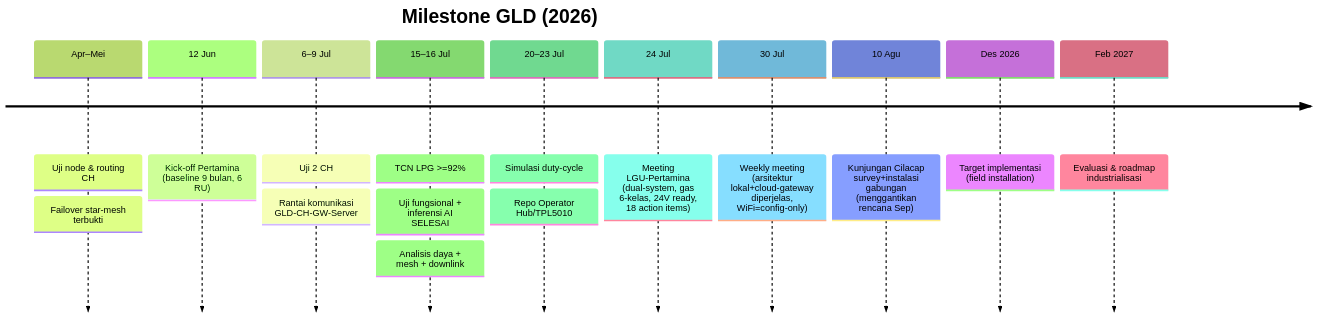
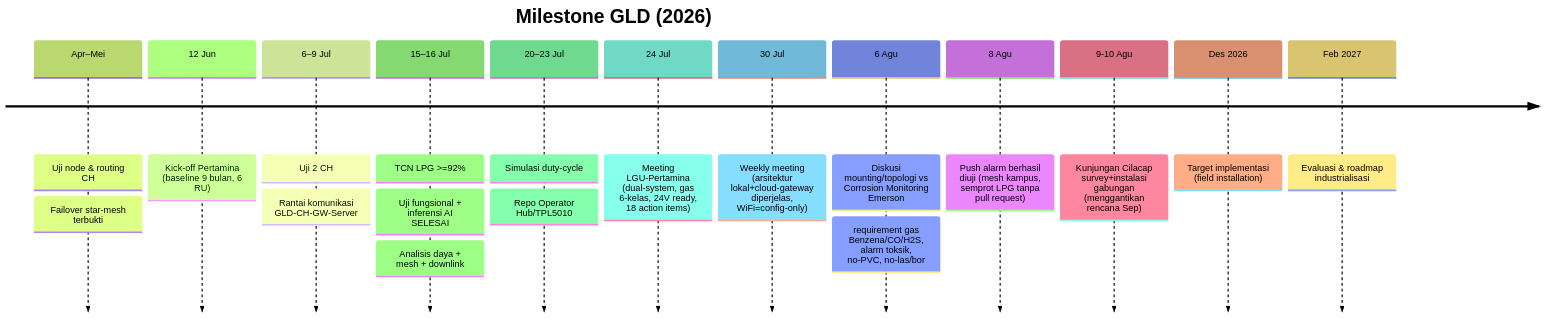
The fourth of 4 diagrams in memory/graph.md (RavellerH/GLD-V2-Report-2026), drawn with Mermaid (forest theme) before and after one commit. The commit also changed other lines of this file and 10 other files, not shown here.

First line of the commit message:
Catat diskusi mounting/topologi 6 Agu (vs Corrosion Monitoring Emerson) & demo push-alarm 6-8 Agu

````diff
--- a/memory/graph.md
+++ b/memory/graph.md
@@ -96,14 +96,16 @@
 ```mermaid
 timeline
   title Milestone GLD (2026)
   Apr–Mei : Uji node & routing CH : Failover star-mesh terbukti
   12 Jun : Kick-off Pertamina (baseline 9 bulan, 6 RU)
   6–9 Jul : Uji 2 CH : Rantai komunikasi GLD-CH-GW-Server
   15–16 Jul : TCN LPG >=92% : Uji fungsional + inferensi AI SELESAI : Analisis daya + mesh + downlink
   20–23 Jul : Simulasi duty-cycle : Repo Operator Hub/TPL5010
   24 Jul : Meeting LGU-Pertamina (dual-system, gas 6-kelas, 24V ready, 18 action items)
   30 Jul : Weekly meeting (arsitektur lokal+cloud-gateway diperjelas, WiFi=config-only)
-  10 Agu : Kunjungan Cilacap survey+instalasi gabungan (menggantikan rencana Sep)
+  6 Agu : Diskusi mounting/topologi vs Corrosion Monitoring Emerson : requirement gas Benzena/CO/H2S, alarm toksik, no-PVC, no-las/bor
+  8 Agu : Push alarm berhasil diuji (mesh kampus, semprot LPG tanpa pull request)
+  9-10 Agu : Kunjungan Cilacap survey+instalasi gabungan (menggantikan rencana Sep)
   Des 2026 : Target implementasi (field installation)
   Feb 2027 : Evaluasi & roadmap industrialisasi
 ```
````
